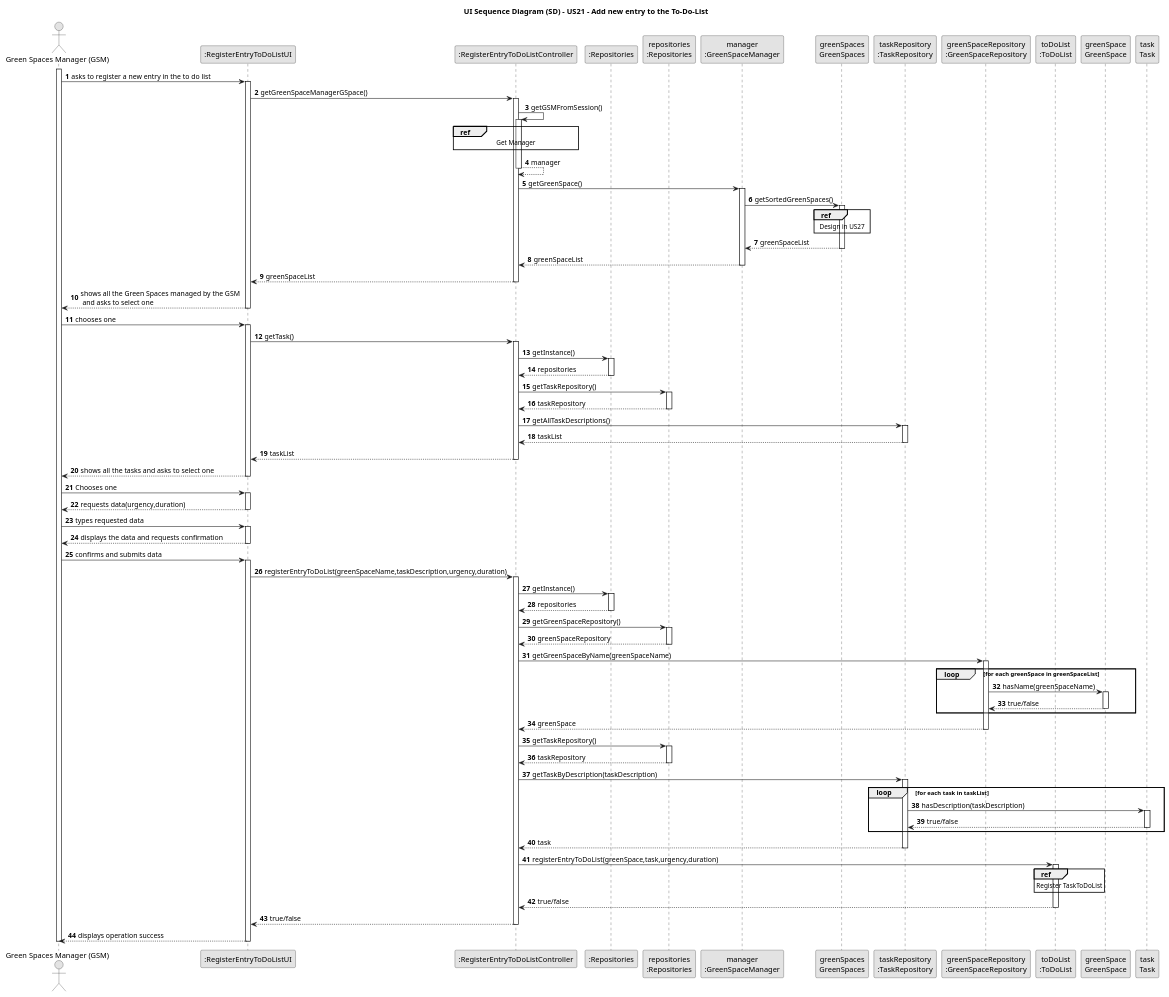
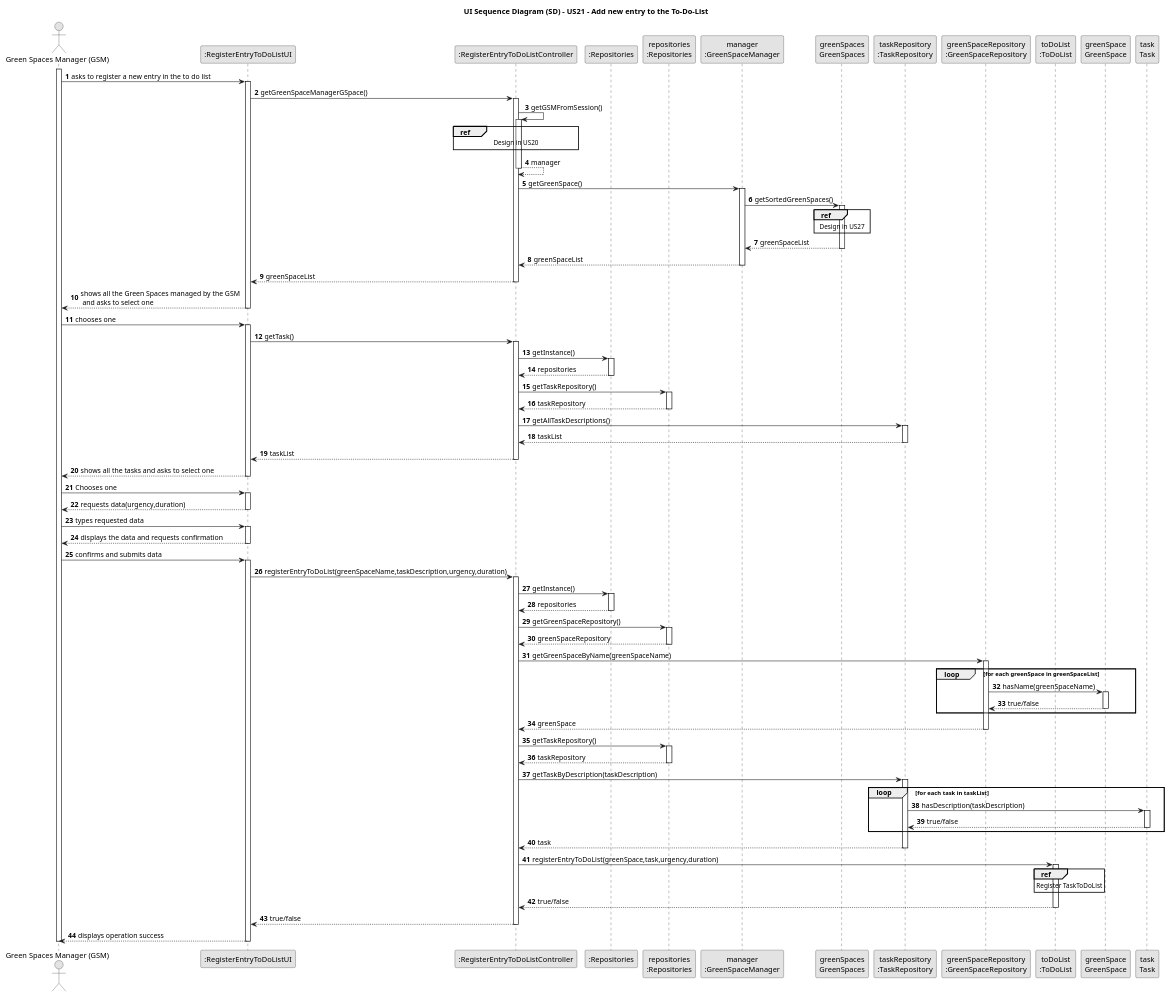
One commit to Departamento-de-Engenharia-Informatica/lei-24-s2-1db-g022 changed the diagram in docs/sprint3/us21/03.design/puml/us21-sequence-diagram.puml. Above: the diagram before and after it, drawn with PlantUML. The commit also changed 17 other files, not shown here.

```diff
--- a/docs/sprint3/us21/03.design/puml/us21-sequence-diagram.puml
+++ b/docs/sprint3/us21/03.design/puml/us21-sequence-diagram.puml
@@ -1,183 +1,183 @@
 @startuml
 skinparam monochrome true
 skinparam packageStyle rectangle
 skinparam shadowing false
 
 title UI Sequence Diagram (SD) - US21 - Add new entry to the To-Do-List
 
 autonumber
 
 'hide footbox
 actor "Green Spaces Manager (GSM)" as GSM
 participant ":RegisterEntryToDoListUI" as UI
 participant ":RegisterEntryToDoListController" as CTRL
 participant ":Repositories" as RepositorySingleton
 participant "repositories\n:Repositories" as PLAT
 participant "manager\n:GreenSpaceManager" as GSMO
 participant "greenSpaces\nGreenSpaces" as GREENSPACES
 participant "taskRepository\n:TaskRepository" as TR
 participant "greenSpaceRepository\n:GreenSpaceRepository" as GSR
 participant "toDoList\n:ToDoList" as TDL
 participant "greenSpace\nGreenSpace" as GREENSPACE
 participant "task\nTask" as TASK
 
 activate GSM
 
         GSM -> UI : asks to register a new entry in the to do list
     activate UI
 
         UI -> CTRL : getGreenSpaceManagerGSpace()
     activate CTRL
 
         CTRL -> CTRL : getGSMFromSession()
     activate CTRL
 
         ref over CTRL
-            Get Manager
+            Design in US20
         end ref
 
         CTRL --> CTRL : manager
     deactivate CTRL
 
         CTRL -> GSMO : getGreenSpace()
     activate GSMO
 
         GSMO -> GREENSPACES : getSortedGreenSpaces()
     activate GREENSPACES
 
         ref over GREENSPACES
             Design in US27
         end ref
 
         GREENSPACES --> GSMO : greenSpaceList
     deactivate GREENSPACES
 
         GSMO --> CTRL : greenSpaceList
 
     deactivate GSMO
 
         CTRL --> UI : greenSpaceList
     deactivate CTRL
 
         UI --> GSM : shows all the Green Spaces managed by the GSM \n and asks to select one
     deactivate UI
 
         GSM->UI: chooses one
     activate UI
 
         UI-> CTRL : getTask()
     activate CTRL
 
         CTRL -> RepositorySingleton : getInstance()
     activate RepositorySingleton
 
         RepositorySingleton --> CTRL: repositories
     deactivate RepositorySingleton
 
         CTRL -> PLAT: getTaskRepository()
     activate PLAT
 
         PLAT --> CTRL: taskRepository
     deactivate PLAT
 
         CTRL -> TR : getAllTaskDescriptions()
     activate TR
 
         TR --> CTRL : taskList
     deactivate TR
 
         CTRL --> UI : taskList
     deactivate CTRL
 
         UI --> GSM : shows all the tasks and asks to select one
     deactivate UI
 
         GSM -> UI : Chooses one
     activate UI
 
         UI --> GSM : requests data(urgency,duration)
     deactivate UI
 
         GSM -> UI : types requested data
     activate UI
 
         UI --> GSM : displays the data and requests confirmation
     deactivate UI
 
         GSM -> UI : confirms and submits data
     activate UI
 
         UI -> CTRL: registerEntryToDoList(greenSpaceName,taskDescription,urgency,duration)
     activate CTRL
 
         CTRL -> RepositorySingleton : getInstance()
     activate RepositorySingleton
 
         RepositorySingleton --> CTRL: repositories
     deactivate RepositorySingleton
 
         CTRL -> PLAT: getGreenSpaceRepository()
     activate PLAT
 
         PLAT --> CTRL: greenSpaceRepository
     deactivate PLAT
 
         CTRL -> GSR : getGreenSpaceByName(greenSpaceName)
     activate GSR
 
         loop for each greenSpace in greenSpaceList
 
         GSR -> GREENSPACE : hasName(greenSpaceName)
 
         activate GREENSPACE
 
             GREENSPACE --> GSR : true/false
 
         deactivate GREENSPACE
 
         end
 
         GSR --> CTRL : greenSpace
     deactivate GSR
 
         CTRL -> PLAT: getTaskRepository()
     activate PLAT
 
         PLAT --> CTRL: taskRepository
     deactivate PLAT
 
         CTRL -> TR : getTaskByDescription(taskDescription)
     activate TR
         loop for each task in taskList
 
         TR -> TASK : hasDescription(taskDescription)
 
         activate TASK
 
             TASK --> TR : true/false
 
         deactivate TASK
 
         end
 
         TR --> CTRL : task
     deactivate TR
 
         CTRL -> TDL : registerEntryToDoList(greenSpace,task,urgency,duration)
     activate TDL
 
         ref over TDL
             Register TaskToDoList
         end
 
         TDL --> CTRL : true/false
     deactivate TDL
 
         CTRL --> UI : true/false
     deactivate CTRL
 
         UI --> GSM : displays operation success
     deactivate UI
 
 deactivate GSM
 @enduml
```
